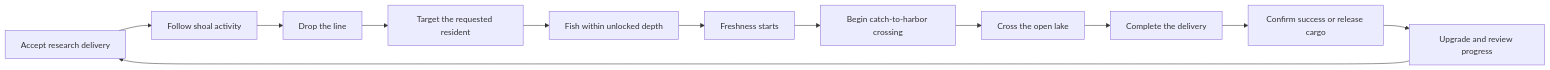
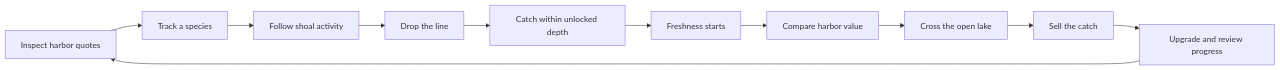
The diagram in Docs/Game-Brief.md (Prunty2/GameCompNew), drawn with Mermaid before and after one commit. The commit also changed other lines of this file and 12 other files, not shown here.

Commit message:
feat: replace delivery jobs with fish market

````diff
--- a/Docs/Game-Brief.md
+++ b/Docs/Game-Brief.md
@@ -81,14 +80,13 @@
 ```mermaid
 flowchart LR
-  A["Accept research delivery"] --> B["Follow shoal activity"]
-  B --> C["Drop the line"]
-  C --> D["Target the requested resident"]
-  D --> F["Fish within unlocked depth"]
-  F --> G["Freshness starts"]
-  G --> H["Begin catch-to-harbor crossing"]
-  H --> I["Cross the open lake"]
-  I --> J["Complete the delivery"]
-  J --> K["Confirm success or release cargo"]
-  K --> L["Upgrade and review progress"]
-  L --> A
+  A["Inspect harbor quotes"] --> B["Track a species"]
+  B --> C["Follow shoal activity"]
+  C --> D["Drop the line"]
+  D --> E["Catch within unlocked depth"]
+  E --> F["Freshness starts"]
+  F --> G["Compare harbor value"]
+  G --> H["Cross the open lake"]
+  H --> I["Sell the catch"]
+  I --> J["Upgrade and review progress"]
+  J --> A
 ```
````
